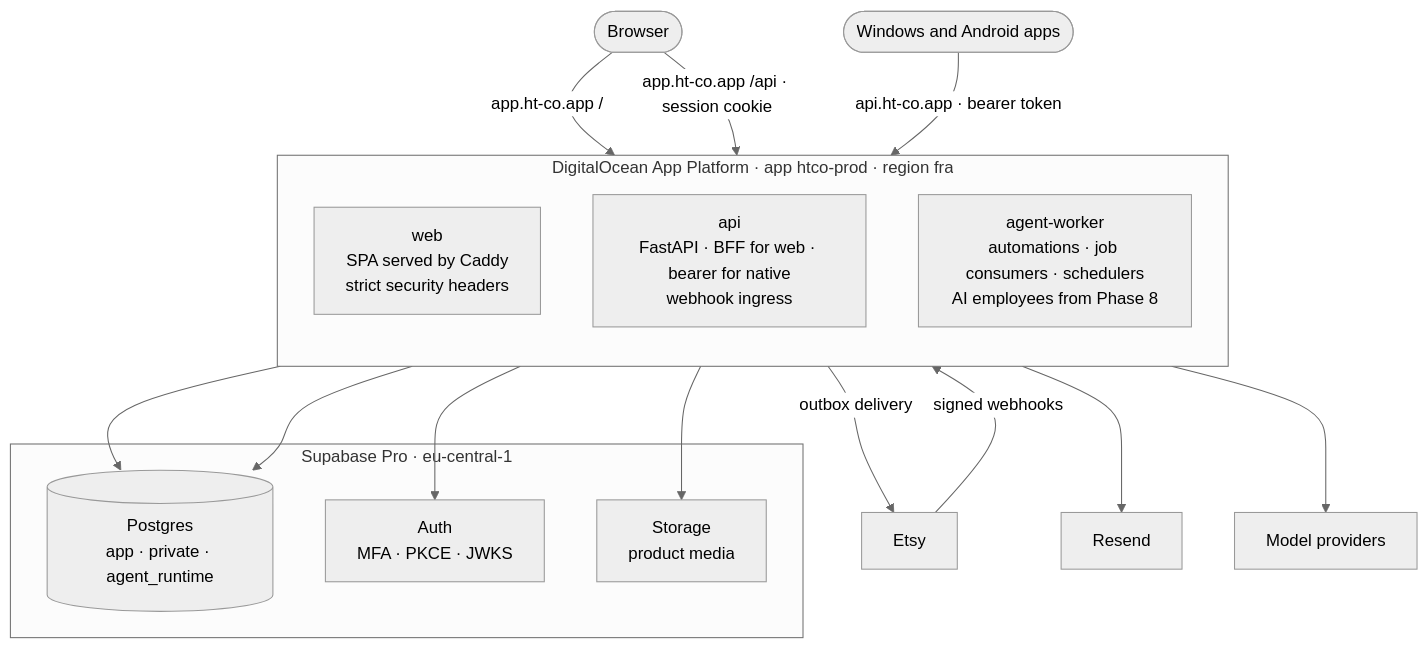
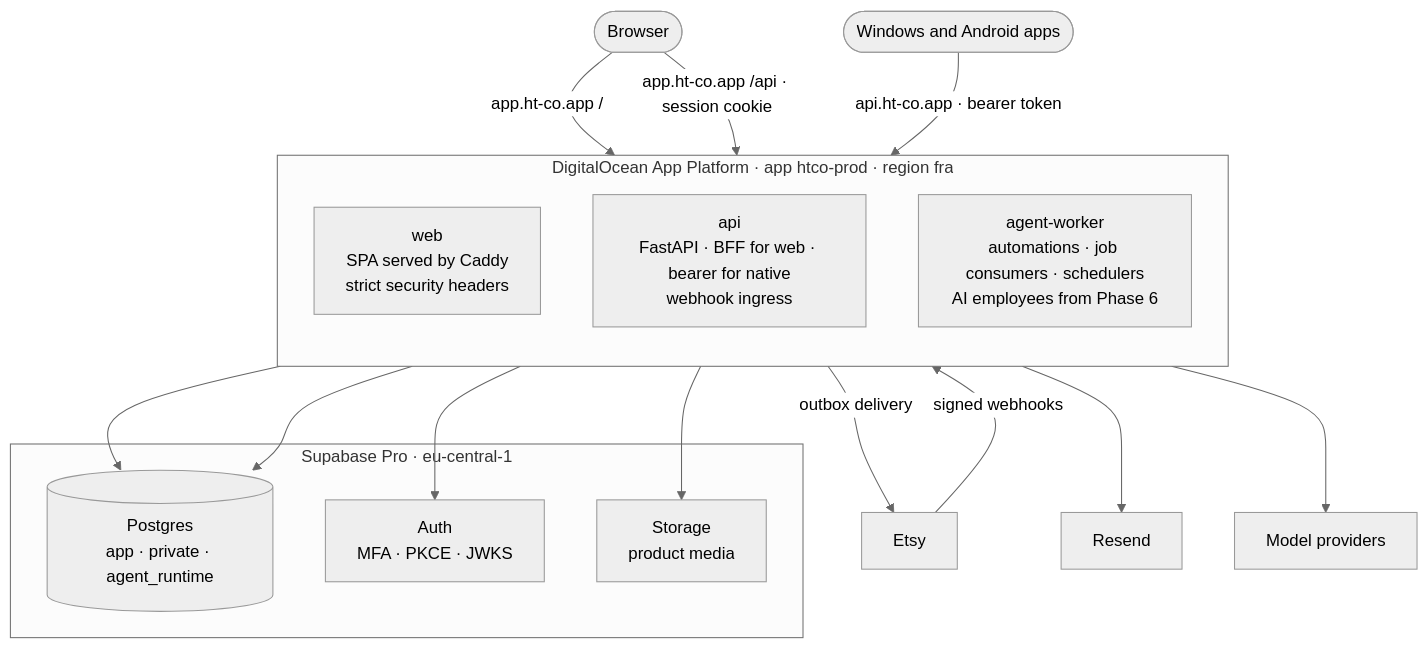
Before and after one commit to Tzvi1234/htco-platform: the second of 5 diagrams in docs/architecture/SOFTWARE_DESIGN.md, drawn with Mermaid (neutral theme). The commit also changed other lines of this file and 99 other files, not shown here.

````diff
--- a/docs/architecture/SOFTWARE_DESIGN.md
+++ b/docs/architecture/SOFTWARE_DESIGN.md
@@ -46,25 +47,25 @@
 ```mermaid
 flowchart TB
   subgraph DO[DigitalOcean App Platform · app htco-prod · region fra]
     direction TB
     web[web<br/>SPA served by Caddy<br/>strict security headers]
     api[api<br/>FastAPI · BFF for web · bearer for native<br/>webhook ingress]
-    worker[agent-worker<br/>automations · job consumers · schedulers<br/>AI employees from Phase 8]
+    worker[agent-worker<br/>automations · job consumers · schedulers<br/>AI employees from Phase 6]
   end
   subgraph SB[Supabase Pro · eu-central-1]
     pg[(Postgres<br/>app · private · agent_runtime)]
     auth[Auth<br/>MFA · PKCE · JWKS]
     store[Storage<br/>product media]
   end
   browser([Browser]) -->|app.ht-co.app /| web
   browser -->|app.ht-co.app /api · session cookie| api
   native([Windows and Android apps]) -->|api.ht-co.app · bearer token| api
   etsy[Etsy] -->|signed webhooks| api
   api --> pg
   worker --> pg
   api --> auth
   worker --> store
   worker -->|outbox delivery| etsy
   worker --> resend[Resend]
   worker --> gw[Model providers]
 ```
````
